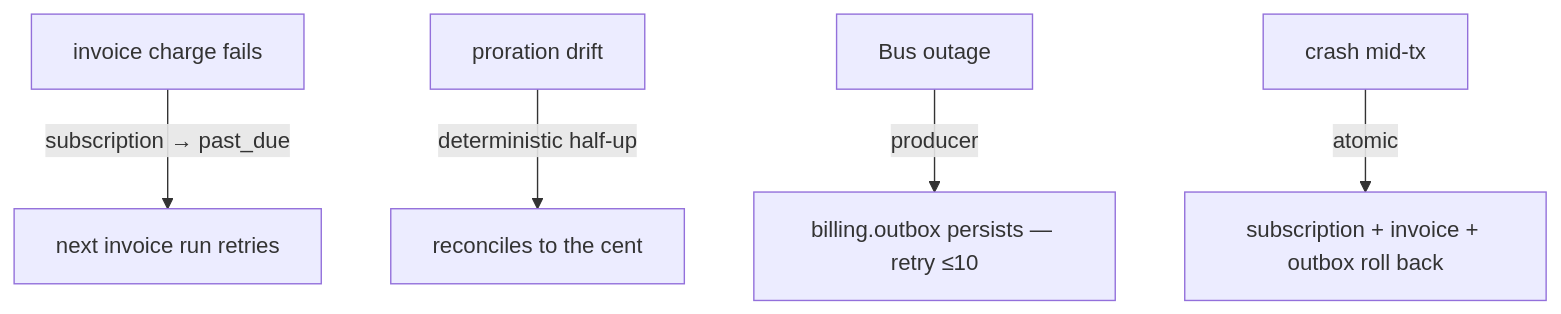
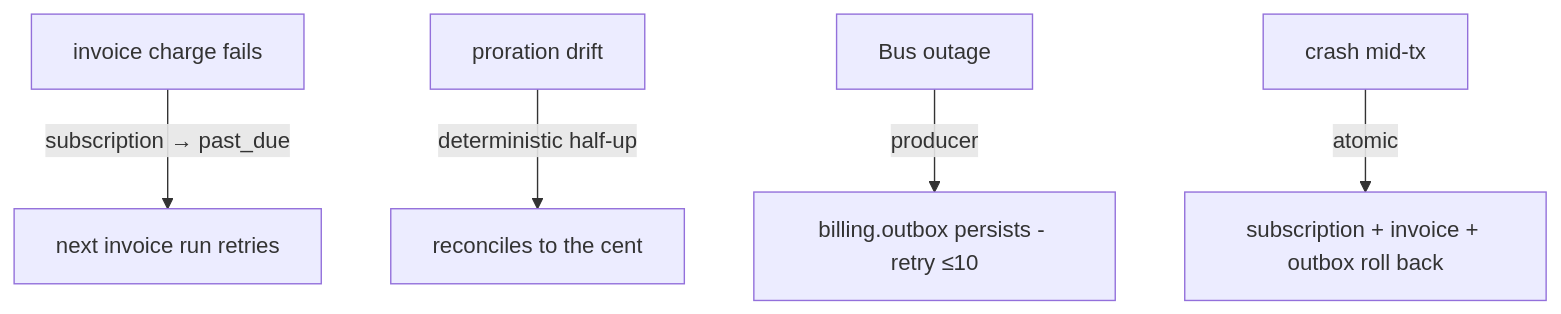
One commit to commerce8/bill8-site changed the seventh of 8 diagrams in docs/products/billing/design.md. Above: the diagram before and after it, drawn with Mermaid. The commit also changed other lines of this file and 45 other files, not shown here.

````diff
--- a/docs/products/billing/design.md
+++ b/docs/products/billing/design.md
@@ -174,7 +174,7 @@
 ```mermaid
 flowchart TD
     CHARGE_FAIL["invoice charge fails"] -->|"subscription → past_due"| RETRY["next invoice run retries"]
     PRORATE["proration drift"] -->|"deterministic half-up"| CENT["reconciles to the cent"]
-    RELAY_FAIL["Bus outage"] -->|"producer"| OUTBOX["billing.outbox persists — retry ≤10"]
+    RELAY_FAIL["Bus outage"] -->|"producer"| OUTBOX["billing.outbox persists - retry ≤10"]
     CRASH["crash mid-tx"] -->|"atomic"| RB["subscription + invoice + outbox roll back"]
 ```
````
